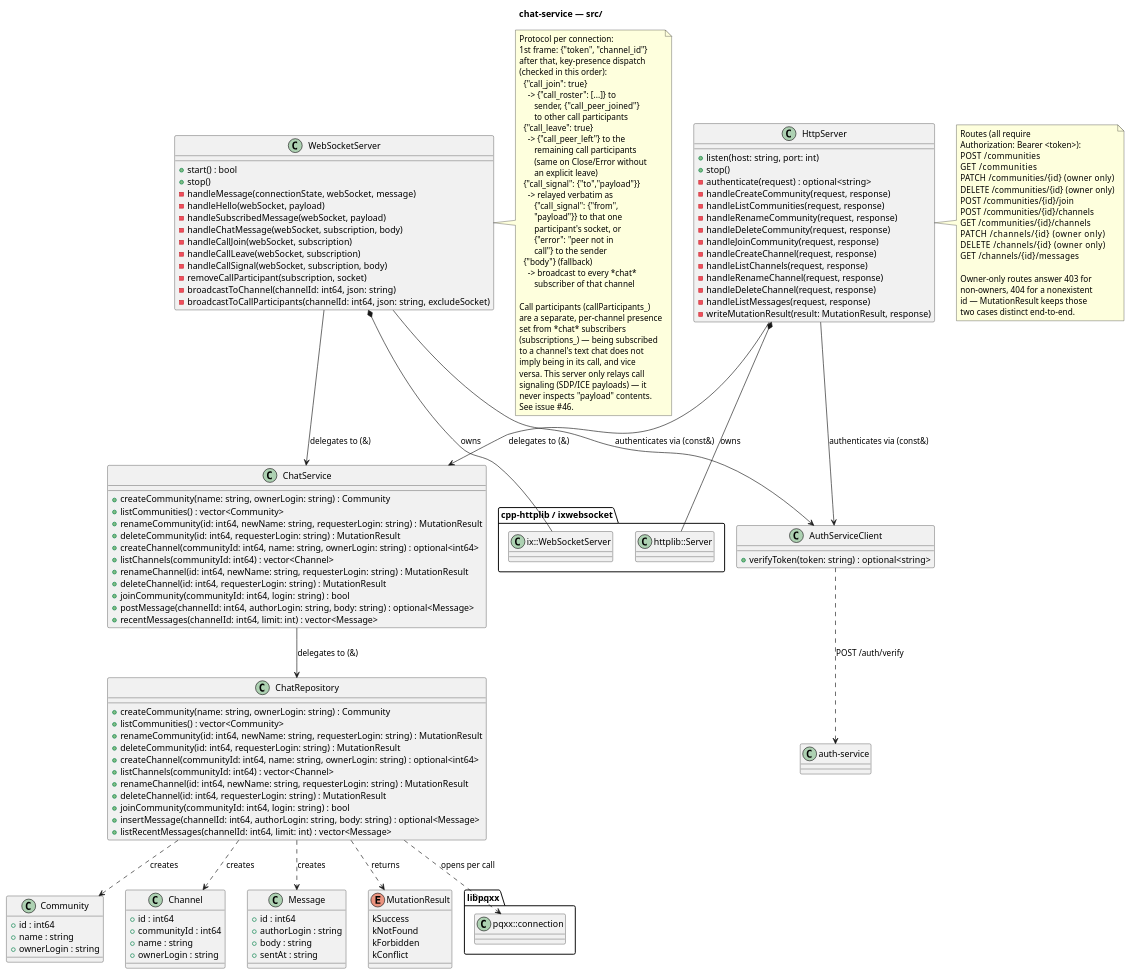
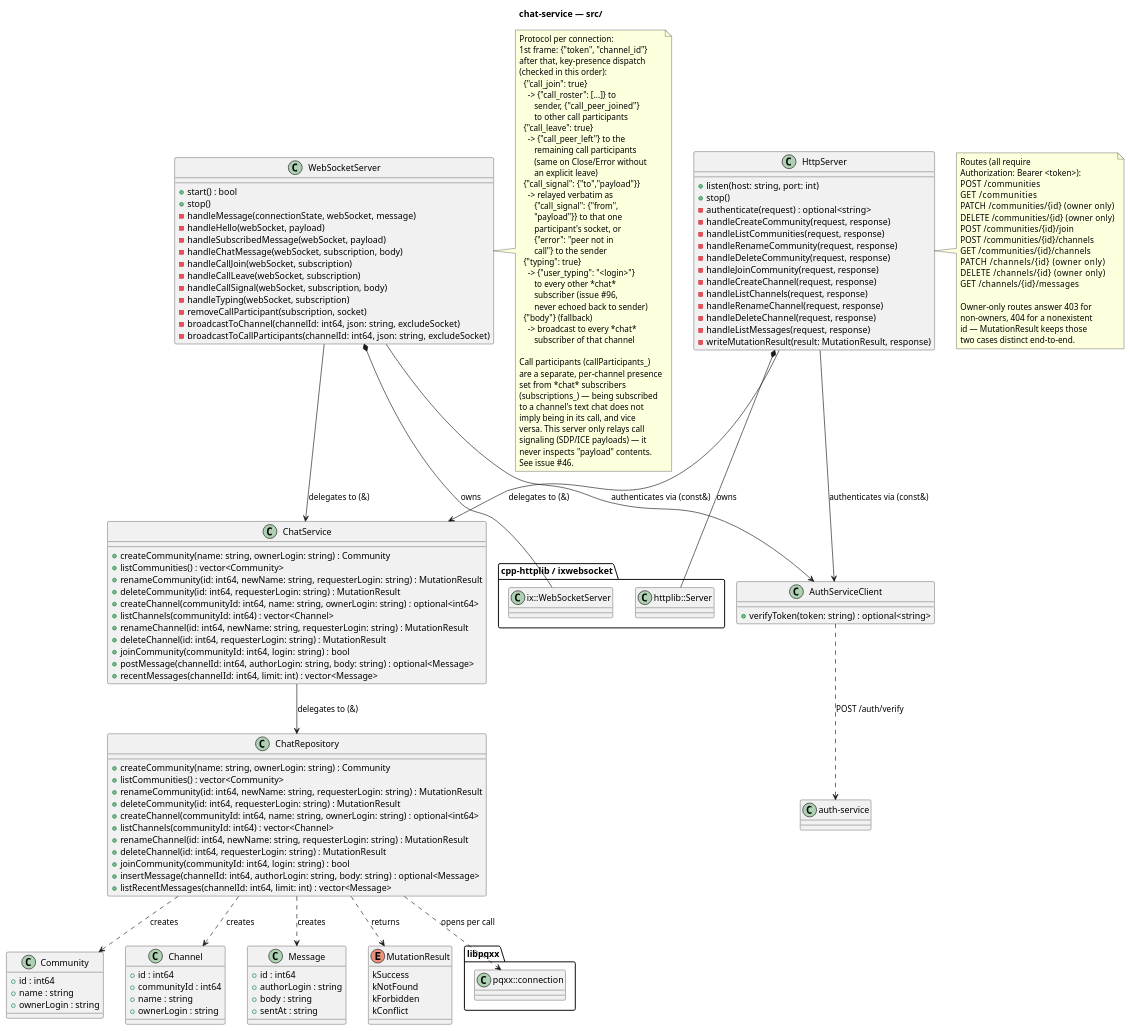
Before and after one commit to NekrasovIS/Exp: the diagram in services/chat-service/docs/diagrams/chat-service.puml, drawn with PlantUML. The commit also changed 13 other files, not shown here.

First line of the commit message:
[96] Typing indicator for the open channel

```diff
--- a/services/chat-service/docs/diagrams/chat-service.puml
+++ b/services/chat-service/docs/diagrams/chat-service.puml
@@ -1,171 +1,177 @@
 @startuml chat-service
 title chat-service — src/
 
 package "cpp-httplib / ixwebsocket" {
   class "httplib::Server" as HttplibServer
   class "ix::WebSocketServer" as IxWebSocketServer
 }
 
 package "libpqxx" {
   class "pqxx::connection" as PqxxConnection
 }
 
 class Community {
   +id : int64
   +name : string
   +ownerLogin : string
 }
 class Channel {
   +id : int64
   +communityId : int64
   +name : string
   +ownerLogin : string
 }
 class Message {
   +id : int64
   +authorLogin : string
   +body : string
   +sentAt : string
 }
 enum MutationResult {
   kSuccess
   kNotFound
   kForbidden
   kConflict
 }
 
 class ChatRepository {
   +createCommunity(name: string, ownerLogin: string) : Community
   +listCommunities() : vector<Community>
   +renameCommunity(id: int64, newName: string, requesterLogin: string) : MutationResult
   +deleteCommunity(id: int64, requesterLogin: string) : MutationResult
   +createChannel(communityId: int64, name: string, ownerLogin: string) : optional<int64>
   +listChannels(communityId: int64) : vector<Channel>
   +renameChannel(id: int64, newName: string, requesterLogin: string) : MutationResult
   +deleteChannel(id: int64, requesterLogin: string) : MutationResult
   +joinCommunity(communityId: int64, login: string) : bool
   +insertMessage(channelId: int64, authorLogin: string, body: string) : optional<Message>
   +listRecentMessages(channelId: int64, limit: int) : vector<Message>
 }
 ChatRepository ..> Community : creates
 ChatRepository ..> Channel : creates
 ChatRepository ..> Message : creates
 ChatRepository ..> MutationResult : returns
 ChatRepository ..> PqxxConnection : opens per call
 
 class ChatService {
   +createCommunity(name: string, ownerLogin: string) : Community
   +listCommunities() : vector<Community>
   +renameCommunity(id: int64, newName: string, requesterLogin: string) : MutationResult
   +deleteCommunity(id: int64, requesterLogin: string) : MutationResult
   +createChannel(communityId: int64, name: string, ownerLogin: string) : optional<int64>
   +listChannels(communityId: int64) : vector<Channel>
   +renameChannel(id: int64, newName: string, requesterLogin: string) : MutationResult
   +deleteChannel(id: int64, requesterLogin: string) : MutationResult
   +joinCommunity(communityId: int64, login: string) : bool
   +postMessage(channelId: int64, authorLogin: string, body: string) : optional<Message>
   +recentMessages(channelId: int64, limit: int) : vector<Message>
 }
 ChatService --> ChatRepository : delegates to (&)
 
 class AuthServiceClient {
   +verifyToken(token: string) : optional<string>
 }
 AuthServiceClient ..> "auth-service" : POST /auth/verify
 
 class HttpServer {
   +listen(host: string, port: int)
   +stop()
   -authenticate(request) : optional<string>
   -handleCreateCommunity(request, response)
   -handleListCommunities(request, response)
   -handleRenameCommunity(request, response)
   -handleDeleteCommunity(request, response)
   -handleJoinCommunity(request, response)
   -handleCreateChannel(request, response)
   -handleListChannels(request, response)
   -handleRenameChannel(request, response)
   -handleDeleteChannel(request, response)
   -handleListMessages(request, response)
   -writeMutationResult(result: MutationResult, response)
 }
 HttpServer --> ChatService : delegates to (&)
 HttpServer --> AuthServiceClient : authenticates via (const&)
 HttpServer *-- HttplibServer : owns
 
 class WebSocketServer {
   +start() : bool
   +stop()
   -handleMessage(connectionState, webSocket, message)
   -handleHello(webSocket, payload)
   -handleSubscribedMessage(webSocket, payload)
   -handleChatMessage(webSocket, subscription, body)
   -handleCallJoin(webSocket, subscription)
   -handleCallLeave(webSocket, subscription)
   -handleCallSignal(webSocket, subscription, body)
+  -handleTyping(webSocket, subscription)
   -removeCallParticipant(subscription, socket)
-  -broadcastToChannel(channelId: int64, json: string)
+  -broadcastToChannel(channelId: int64, json: string, excludeSocket)
   -broadcastToCallParticipants(channelId: int64, json: string, excludeSocket)
 }
 WebSocketServer --> ChatService : delegates to (&)
 WebSocketServer --> AuthServiceClient : authenticates via (const&)
 WebSocketServer *-- IxWebSocketServer : owns
 
 note right of HttpServer
   Routes (all require
   Authorization: Bearer <token>):
   POST   /communities
   GET    /communities
   PATCH  /communities/{id}   (owner only)
   DELETE /communities/{id}   (owner only)
   POST   /communities/{id}/join
   POST   /communities/{id}/channels
   GET    /communities/{id}/channels
   PATCH  /channels/{id}      (owner only)
   DELETE /channels/{id}      (owner only)
   GET    /channels/{id}/messages
 
   Owner-only routes answer 403 for
   non-owners, 404 for a nonexistent
   id — MutationResult keeps those
   two cases distinct end-to-end.
 end note
 
 note right of WebSocketServer
   Protocol per connection:
   1st frame: {"token", "channel_id"}
   after that, key-presence dispatch
   (checked in this order):
     {"call_join": true}
       -> {"call_roster": [...]} to
          sender, {"call_peer_joined"}
          to other call participants
     {"call_leave": true}
       -> {"call_peer_left"} to the
          remaining call participants
          (same on Close/Error without
          an explicit leave)
     {"call_signal": {"to","payload"}}
       -> relayed verbatim as
          {"call_signal": {"from",
          "payload"}} to that one
          participant's socket, or
          {"error": "peer not in
          call"} to the sender
+    {"typing": true}
+      -> {"user_typing": "<login>"}
+         to every other *chat*
+         subscriber (issue #96,
+         never echoed back to sender)
     {"body"} (fallback)
       -> broadcast to every *chat*
          subscriber of that channel
 
   Call participants (callParticipants_)
   are a separate, per-channel presence
   set from *chat* subscribers
   (subscriptions_) — being subscribed
   to a channel's text chat does not
   imply being in its call, and vice
   versa. This server only relays call
   signaling (SDP/ICE payloads) — it
   never inspects "payload" contents.
   See issue #46.
 end note
 
 @enduml
```
